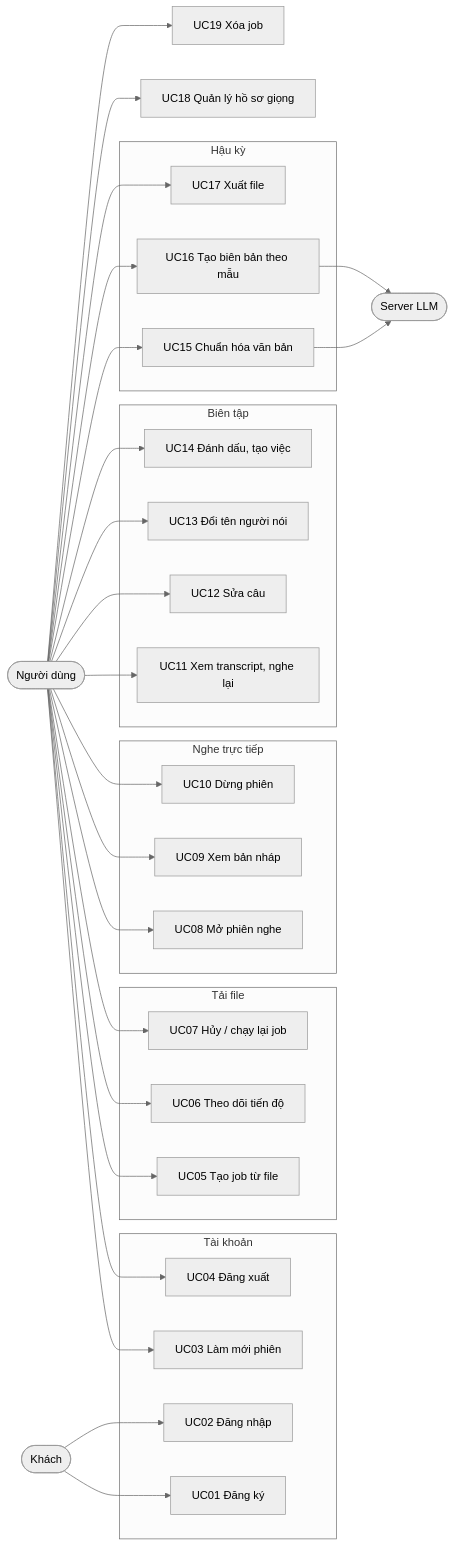
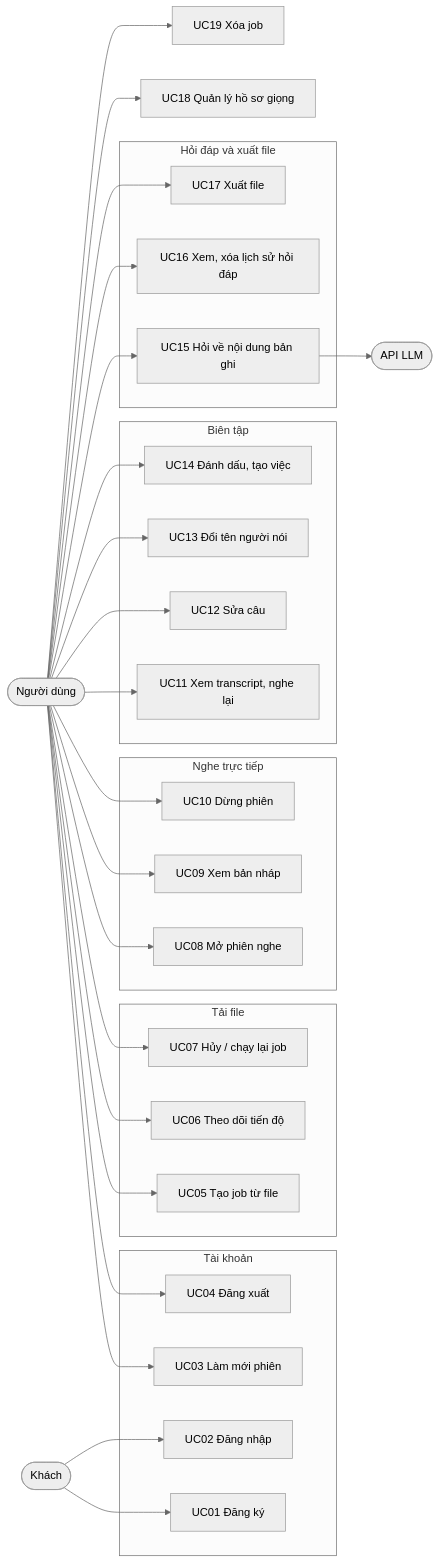
Before and after one commit to Pharos107/meeting-lecture-assistant: the first of 9 diagrams in docs/FLOWS.md, drawn with Mermaid (neutral theme). The commit also changed other lines of this file and 60 other files, not shown here.

First line of the commit message:
feat: khung ba vùng, trợ lý hỏi đáp bằng Gemini và gộp câu Whisper

````diff
--- a/docs/FLOWS.md
+++ b/docs/FLOWS.md
@@ -25,43 +24,42 @@
 ```mermaid
 flowchart LR
   guest([Khách])
   user([Người dùng])
-  llm([Server LLM])
+  llm([API LLM])
 
   subgraph TK[Tài khoản]
     UC1[UC01 Đăng ký]
     UC2[UC02 Đăng nhập]
     UC3[UC03 Làm mới phiên]
     UC4[UC04 Đăng xuất]
   end
   subgraph PT1[Tải file]
     UC5[UC05 Tạo job từ file]
     UC6[UC06 Theo dõi tiến độ]
     UC7[UC07 Hủy / chạy lại job]
   end
   subgraph PT2[Nghe trực tiếp]
     UC8[UC08 Mở phiên nghe]
     UC9[UC09 Xem bản nháp]
     UC10[UC10 Dừng phiên]
   end
   subgraph BT[Biên tập]
     UC11[UC11 Xem transcript, nghe lại]
     UC12[UC12 Sửa câu]
     UC13[UC13 Đổi tên người nói]
     UC14[UC14 Đánh dấu, tạo việc]
   end
-  subgraph HK[Hậu kỳ]
-    UC15[UC15 Chuẩn hóa văn bản]
-    UC16[UC16 Tạo biên bản theo mẫu]
+  subgraph HK[Hỏi đáp và xuất file]
+    UC15[UC15 Hỏi về nội dung bản ghi]
+    UC16[UC16 Xem, xóa lịch sử hỏi đáp]
     UC17[UC17 Xuất file]
   end
   UC18[UC18 Quản lý hồ sơ giọng]
   UC19[UC19 Xóa job]
 
   guest --> UC1
   guest --> UC2
   user --> UC3 & UC4 & UC5 & UC6 & UC7 & UC8 & UC9 & UC10
   user --> UC11 & UC12 & UC13 & UC14 & UC15 & UC16 & UC17 & UC18 & UC19
   UC15 --> llm
-  UC16 --> llm
 ```
````
